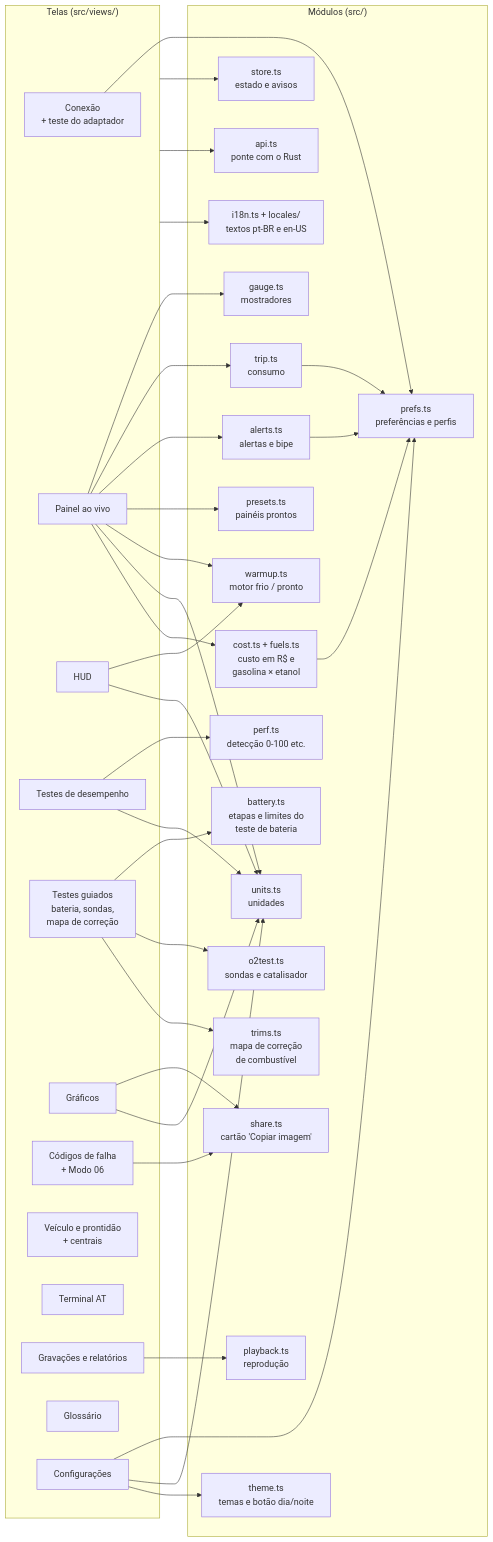
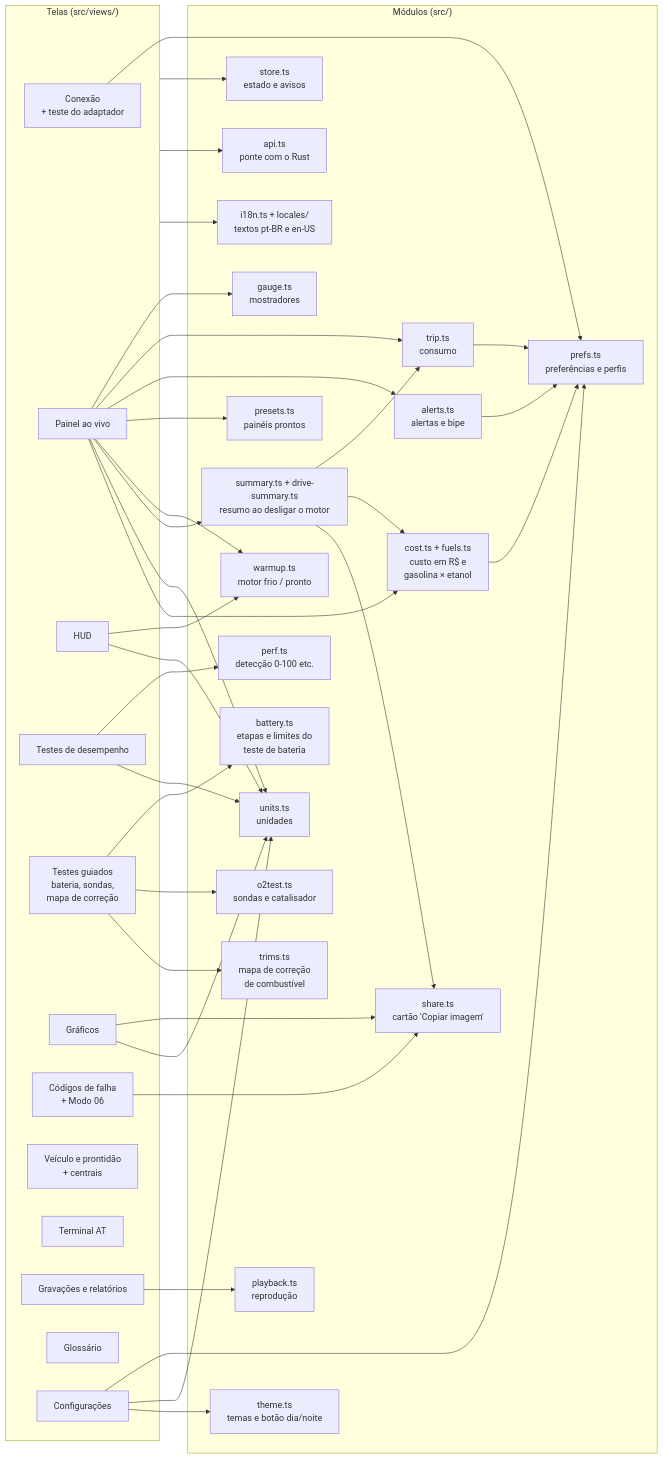
The eighth of 12 diagrams in docs/DIAGRAMAS.md (samuvieceli/obd2-scanner), drawn with Mermaid before and after one commit. The commit also changed 11 other files, not shown here.

First line of the commit message:
Add post-trip summary; fix zoom and labels of event marks in charts

````diff
--- a/docs/DIAGRAMAS.md
+++ b/docs/DIAGRAMAS.md
@@ -200,52 +200,55 @@
 ```mermaid
 flowchart LR
     subgraph telas["Telas (src/views/)"]
         connection["Conexão<br/>+ teste do adaptador"]
         dashboard["Painel ao vivo"]
         hud["HUD"]
         performance["Testes de desempenho"]
         guided["Testes guiados<br/>bateria, sondas,<br/>mapa de correção"]
         charts["Gráficos"]
         diagnostics["Códigos de falha<br/>+ Modo 06"]
         vehicle["Veículo e prontidão<br/>+ centrais"]
         terminal["Terminal AT"]
         sessions["Gravações e relatórios"]
         glossary["Glossário"]
         settings["Configurações"]
     end
     subgraph modulos["Módulos (src/)"]
         store["store.ts<br/>estado e avisos"]
         api["api.ts<br/>ponte com o Rust"]
         trip["trip.ts<br/>consumo"]
         cost["cost.ts + fuels.ts<br/>custo em R$ e<br/>gasolina × etanol"]
         perf["perf.ts<br/>detecção 0-100 etc."]
         battery["battery.ts<br/>etapas e limites do<br/>teste de bateria"]
         o2test["o2test.ts<br/>sondas e catalisador"]
         trims["trims.ts<br/>mapa de correção<br/>de combustível"]
         alerts["alerts.ts<br/>alertas e bipe"]
         playback["playback.ts<br/>reprodução"]
         prefs["prefs.ts<br/>preferências e perfis"]
         units["units.ts<br/>unidades"]
         gauge["gauge.ts<br/>mostradores"]
         theme["theme.ts<br/>temas e botão dia/noite"]
         presets["presets.ts<br/>painéis prontos"]
         share["share.ts<br/>cartão 'Copiar imagem'"]
         warmup["warmup.ts<br/>motor frio / pronto"]
+        summary["summary.ts + drive-summary.ts<br/>resumo ao desligar o motor"]
         i18n["i18n.ts + locales/<br/>textos pt-BR e en-US"]
     end
     dashboard --> gauge & trip & alerts & presets & warmup
     hud --> warmup
     diagnostics & charts --> share
+    dashboard --> summary
+    summary --> trip & cost & share
     performance --> perf
     guided --> battery & o2test & trims
     sessions --> playback
     settings --> prefs & units & theme
     connection --> prefs
     dashboard & hud & charts & performance --> units
     telas --> store
     telas --> api
     telas --> i18n
     trip & alerts --> prefs
     dashboard --> cost
     cost --> prefs
 ```
````
